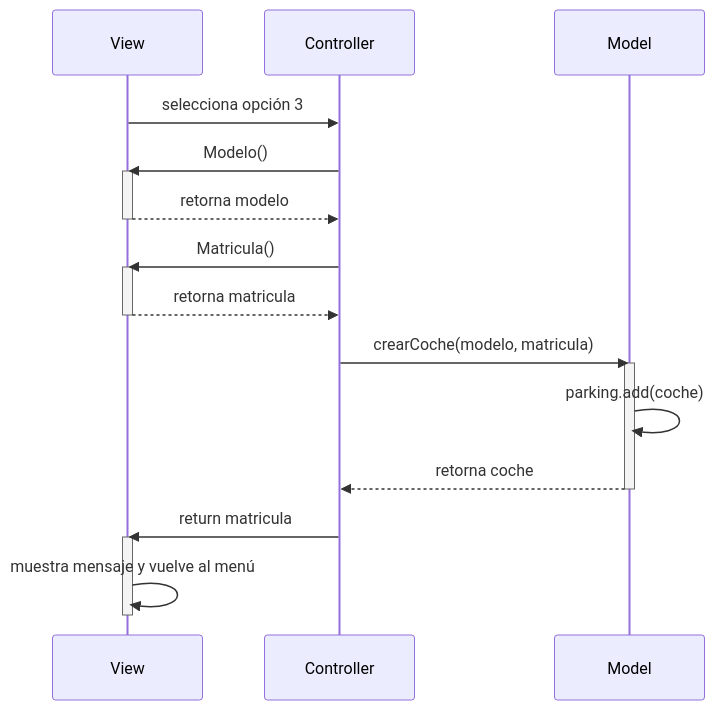
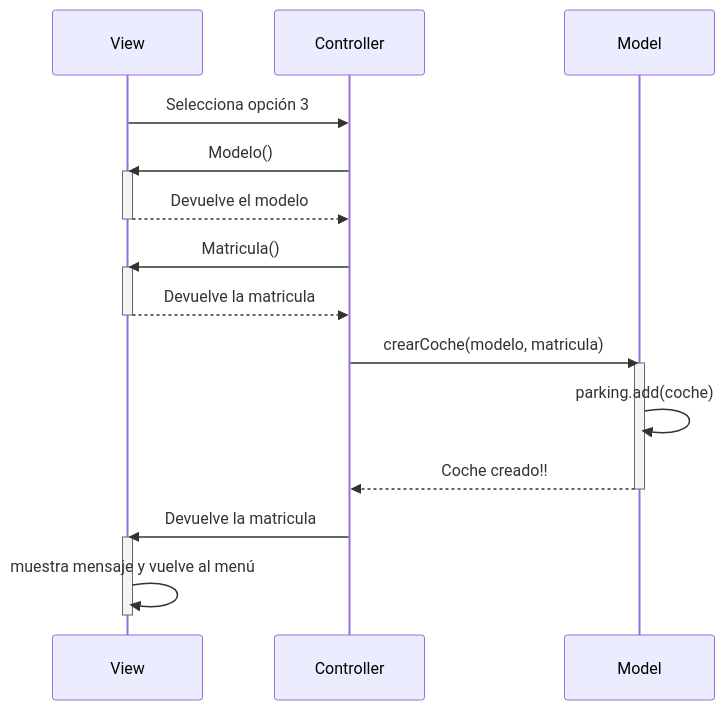
The second of 2 diagrams in Readme.md (shermidagre/COD), drawn with Mermaid before and after one commit.

Commit message:
cambios en el modelo de secuencia

````diff
--- a/Readme.md
+++ b/Readme.md
@@ -37,28 +37,28 @@
 ```mermaid
 sequenceDiagram
 participant View
 participant Controller
 participant Model
 
-    View->>Controller: selecciona opción 3
+    View->>Controller: Selecciona opción 3
     Controller->>View: Modelo()
     activate View
-    View-->>Controller: retorna modelo
+    View-->>Controller: Devuelve el modelo
     deactivate View
     
     Controller->>View: Matricula()
     activate View
-    View-->>Controller: retorna matricula
+    View-->>Controller: Devuelve la matricula
     deactivate View
     
     Controller->>Model: crearCoche(modelo, matricula)
     activate Model
     Model->>Model: parking.add(coche)
-    Model-->>Controller: retorna coche
+    Model-->>Controller: Coche creado!!
     deactivate Model
     
-    Controller->>View: return matricula
+    Controller->>View: Devuelve la matricula
     activate View
     View->>View: muestra mensaje y vuelve al menú
     deactivate View
 ```
````
